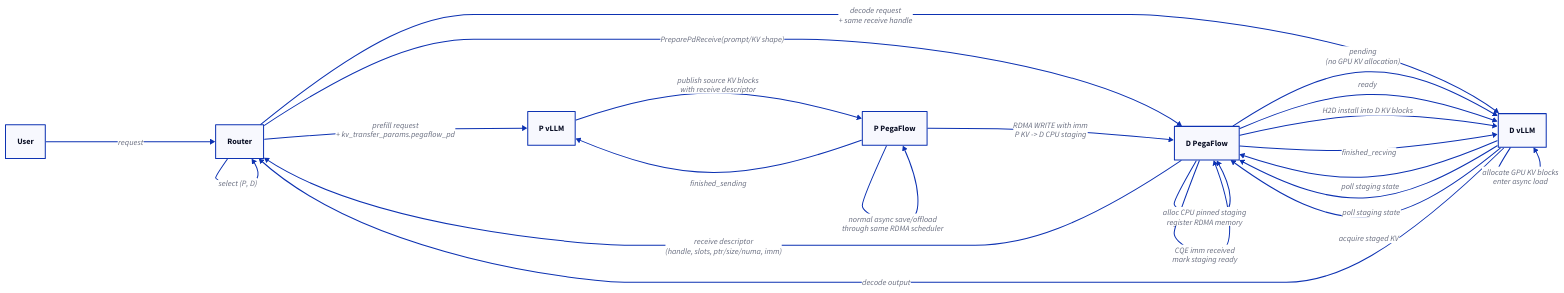
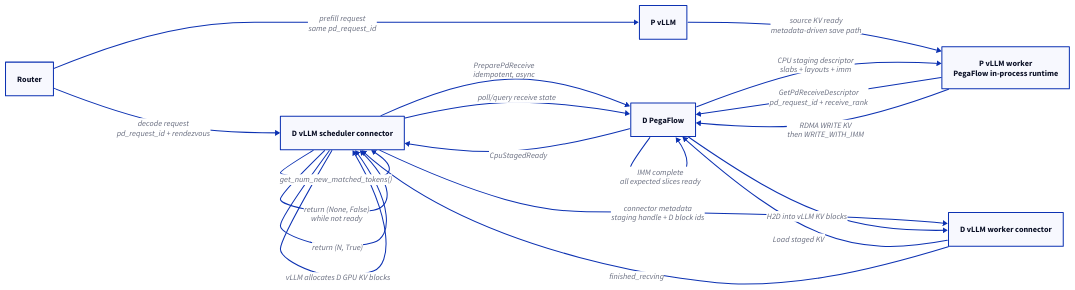
The first of 2 diagrams in docs/pd-push-based-design.md (novitalabs/pegaflow), drawn with D2 before and after one commit. The commit also changed other lines of this file and 23 other files, not shown here.

Commit message:
pd: add tp-aware cpu staging push path

````diff
--- a/docs/pd-push-based-design.md
+++ b/docs/pd-push-based-design.md
@@ -88,39 +90,33 @@
 ```d2
 direction: right
 
-user: User
 router: Router
-
 p_vllm: "P vLLM"
-p_pf: "P PegaFlow"
-d_vllm: "D vLLM"
+p_worker: "P vLLM worker\nPegaFlow in-process runtime"
+d_sched: "D vLLM scheduler connector"
+d_worker: "D vLLM worker connector"
 d_pf: "D PegaFlow"
 
-user -> router: request
-router -> router: select (P, D)
+router -> d_sched: "decode request\npd_request_id + rendezvous"
+router -> p_vllm: "prefill request\nsame pd_request_id"
 
-router -> d_pf: "PreparePdReceive(prompt/KV shape)"
-d_pf -> d_pf: "alloc CPU pinned staging\nregister RDMA memory"
-d_pf -> router: "receive descriptor\n(handle, slots, ptr/size/numa, imm)"
+d_sched -> d_sched: "get_num_new_matched_tokens()"
+d_sched -> d_pf: "PreparePdReceive\nidempotent, async"
+d_sched -> d_sched: "return (None, False)\nwhile not ready"
 
-router -> p_vllm: "prefill request\n+ kv_transfer_params.pegaflow_pd"
-router -> d_vllm: "decode request\n+ same receive handle"
-d_vllm -> d_pf: "poll staging state"
-d_pf -> d_vllm: "pending\n(no GPU KV allocation)"
+p_vllm -> p_worker: "source KV ready\nmetadata-driven save path"
+p_worker -> d_pf: "GetPdReceiveDescriptor\npd_request_id + receive_rank"
+d_pf -> p_worker: "CPU staging descriptor\nslabs + layouts + imm"
+p_worker -> d_pf: "RDMA WRITE KV\nthen WRITE_WITH_IMM"
 
-p_vllm -> p_pf: "publish source KV blocks\nwith receive descriptor"
+d_pf -> d_pf: "IMM complete\nall expected slices ready"
+d_sched -> d_pf: "poll/query receive state"
+d_pf -> d_sched: "CpuStagedReady"
+d_sched -> d_sched: "return (N, True)"
 
-p_pf -> d_pf: "RDMA WRITE with imm\nP KV -> D CPU staging"
-p_pf -> p_pf: "normal async save/offload\nthrough same RDMA scheduler"
-
-d_pf -> d_pf: "CQE imm received\nmark staging ready"
-d_vllm -> d_pf: "poll staging state"
-d_pf -> d_vllm: "ready"
-d_vllm -> d_vllm: "allocate GPU KV blocks\nenter async load"
-d_vllm -> d_pf: "acquire staged KV"
-d_pf -> d_vllm: "H2D install into D KV blocks"
-d_vllm -> router: "decode output"
-
-p_pf -> p_vllm: finished_sending
-d_pf -> d_vllm: finished_recving
+d_sched -> d_sched: "vLLM allocates D GPU KV blocks"
+d_sched -> d_worker: "connector metadata\nstaging handle + D block ids"
+d_worker -> d_pf: "Load staged KV"
+d_pf -> d_worker: "H2D into vLLM KV blocks"
+d_worker -> d_sched: "finished_recving"
 ```
````
